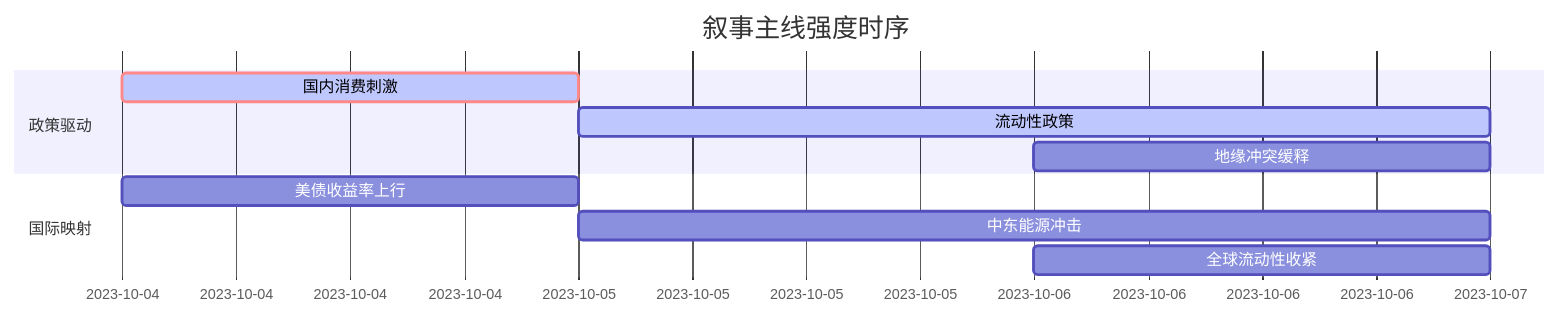
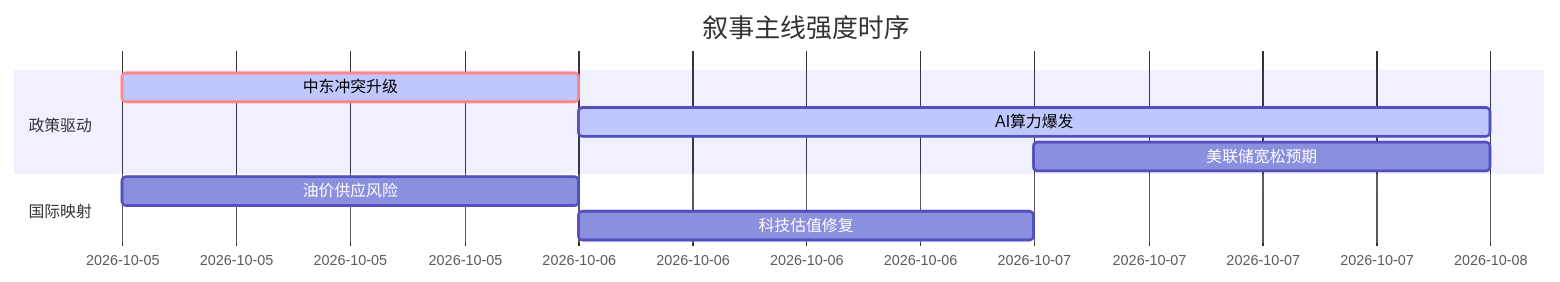
One commit to uu5zn/uu5zn.github.io changed the diagram in 5day_report.md. Above: the diagram before and after it, drawn with Mermaid. The commit also changed other lines of this file and 24 other files, not shown here.

````diff
--- a/5day_report.md
+++ b/5day_report.md
@@ -54,14 +54,13 @@
 ```mermaid
 gantt
     title 叙事主线强度时序
     dateFormat  YYYY-MM-DD
     section 政策驱动
-    国内消费刺激   :crit, active, 2023-10-04, 1d
-    流动性政策     :active, 2023-10-05, 2d
-    地缘冲突缓释   :2023-10-06, 1d
+    中东冲突升级   :crit, active, 2026-10-05, 1d
+    AI算力爆发     :active, 2026-10-06, 2d
+    美联储宽松预期   :2026-10-07, 1d
     
     section 国际映射
-    美债收益率上行   :2023-10-04, 1d
-    中东能源冲击   :2023-10-05, 2d
-    全球流动性收紧 :2023-10-06, 1d
+    油价供应风险   :2026-10-05, 1d
+    科技估值修复   :2026-10-06, 1d
 ```
````
